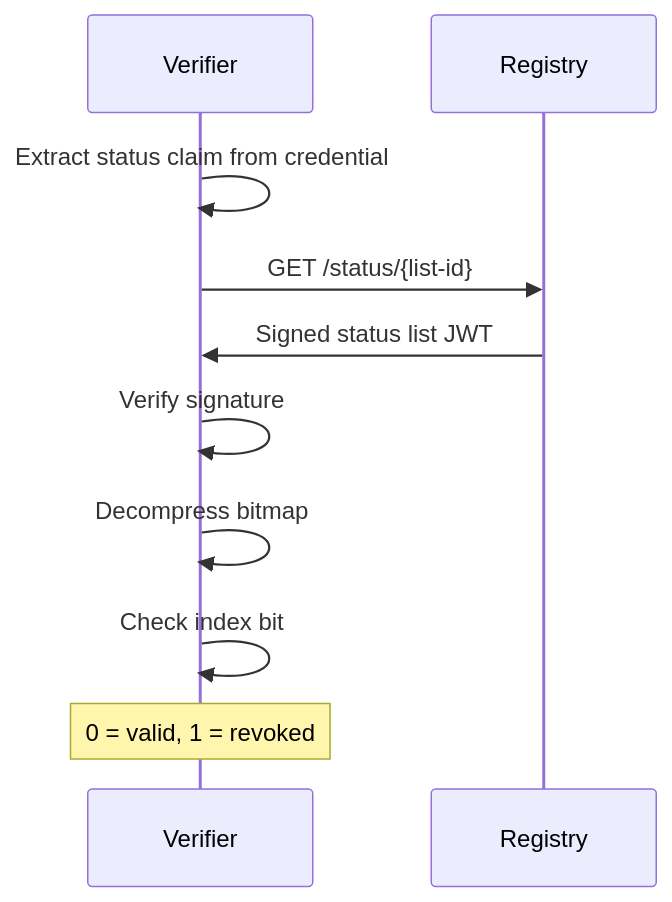
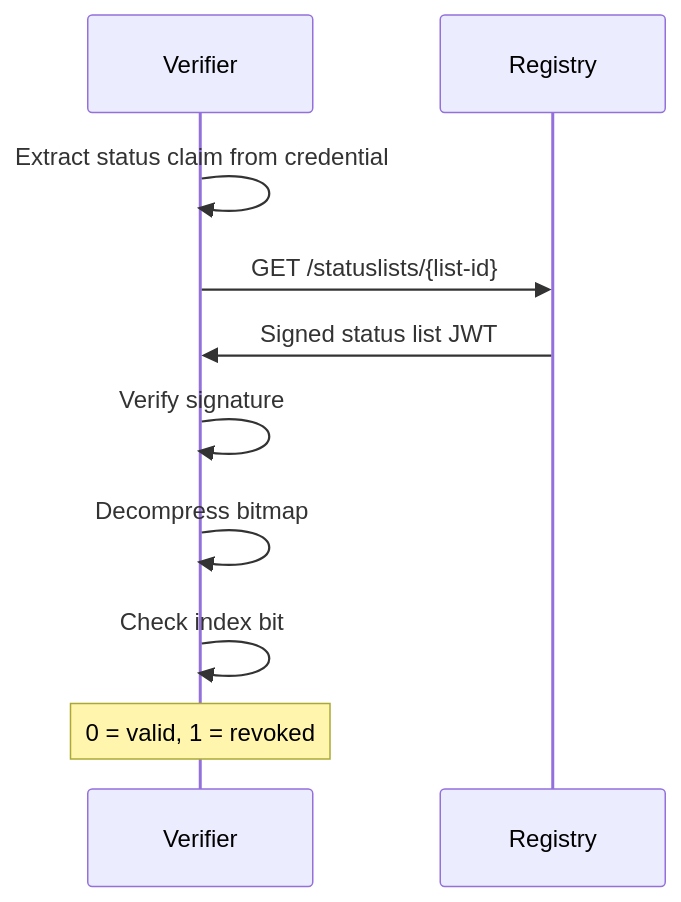
Before and after one commit to sirosfoundation/docs: the third of 3 diagrams in docs/sirosid/reference/token-status-lists.md, drawn with Mermaid. The commit also changed other lines of this file and 8 other files, not shown here.

````diff
--- a/docs/sirosid/reference/token-status-lists.md
+++ b/docs/sirosid/reference/token-status-lists.md
@@ -151,13 +158,13 @@
 ```mermaid
 sequenceDiagram
     participant Verifier
     participant Registry
     
     Verifier->>Verifier: Extract status claim from credential
-    Verifier->>Registry: GET /status/{list-id}
+    Verifier->>Registry: GET /statuslists/{list-id}
     Registry->>Verifier: Signed status list JWT
     Verifier->>Verifier: Verify signature
     Verifier->>Verifier: Decompress bitmap
     Verifier->>Verifier: Check index bit
     Note over Verifier: 0 = valid, 1 = revoked
 ```
````
